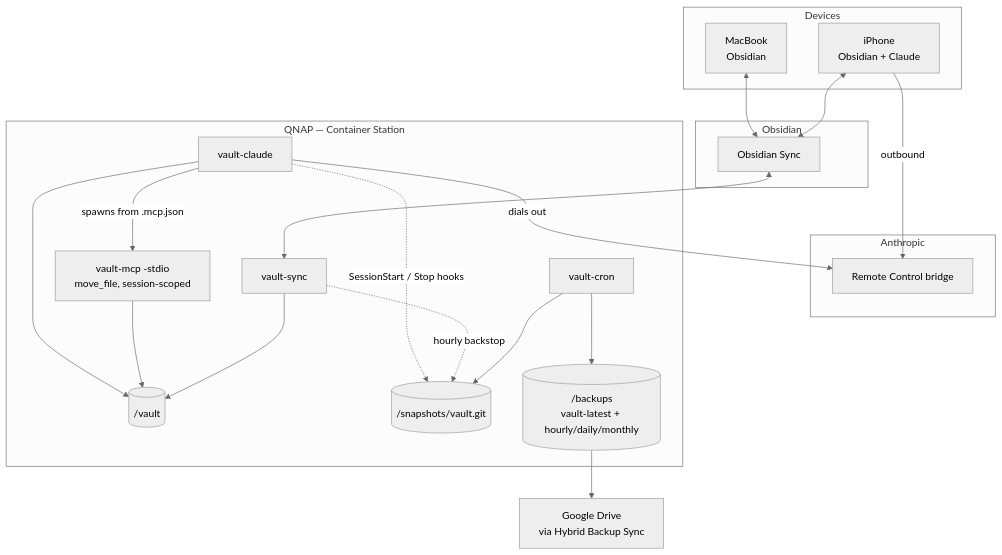
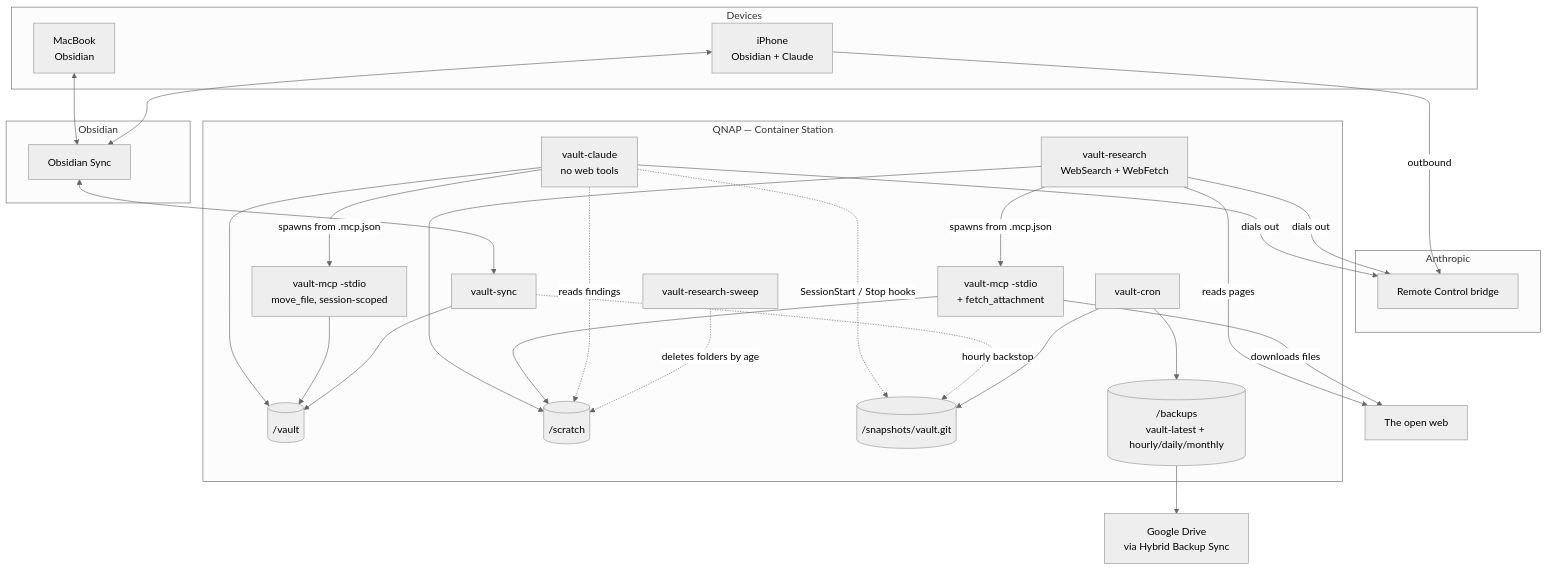
The first of 4 diagrams in obsidian-vault/ARCHITECTURE.md (ky1ejs/homelab), drawn with Mermaid (neutral theme) before and after one commit. The commit also changed other lines of this file and 21 other files, not shown here.

````diff
--- a/obsidian-vault/ARCHITECTURE.md
+++ b/obsidian-vault/ARCHITECTURE.md
@@ -25,42 +25,56 @@
 ```mermaid
 flowchart TB
     subgraph clients["Devices"]
         mac["MacBook<br/>Obsidian"]
         iphone["iPhone<br/>Obsidian + Claude"]
     end
 
     subgraph anth["Anthropic"]
         bridge["Remote Control bridge"]
     end
 
     subgraph obsc["Obsidian"]
         syncsvc["Obsidian Sync"]
     end
 
+    web["The open web"]
+
     subgraph nas["QNAP — Container Station"]
-        agent["vault-claude"]
+        agent["vault-claude<br/>no web tools"]
         move["vault-mcp -stdio<br/>move_file, session-scoped"]
+        research["vault-research<br/>WebSearch + WebFetch"]
+        fetch["vault-mcp -stdio<br/>+ fetch_attachment"]
+        sweep["vault-research-sweep"]
         sync["vault-sync"]
         cron["vault-cron"]
         vault[("/vault")]
+        scratch[("/scratch")]
         snap[("/snapshots/vault.git")]
         bundles[("/backups<br/>vault-latest + hourly/daily/monthly")]
     end
 
     gdrive["Google Drive<br/>via Hybrid Backup Sync"]
 
     iphone -->|outbound| bridge
     agent -->|dials out| bridge
+    research -->|dials out| bridge
     mac <--> syncsvc
     iphone <--> syncsvc
     syncsvc <--> sync
     agent --> vault
     agent -->|spawns from .mcp.json| move
     move --> vault
+    research --> scratch
+    research -->|spawns from .mcp.json| fetch
+    research -->|reads pages| web
+    fetch -->|downloads files| web
+    fetch --> scratch
+    agent -.->|reads findings| scratch
+    sweep -.->|deletes folders by age| scratch
     sync --> vault
     agent -.->|SessionStart / Stop hooks| snap
     sync -.->|hourly backstop| snap
     cron --> snap
     cron --> bundles
     bundles --> gdrive
 ```
````
